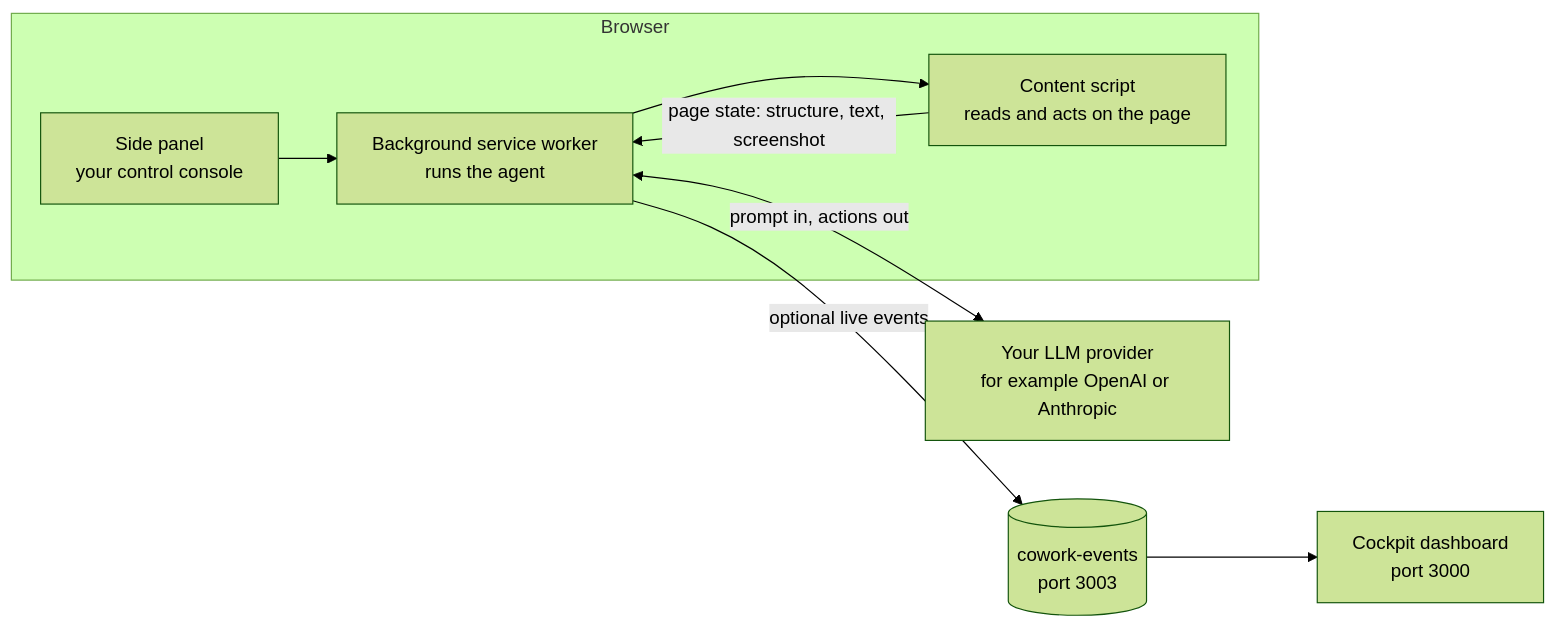
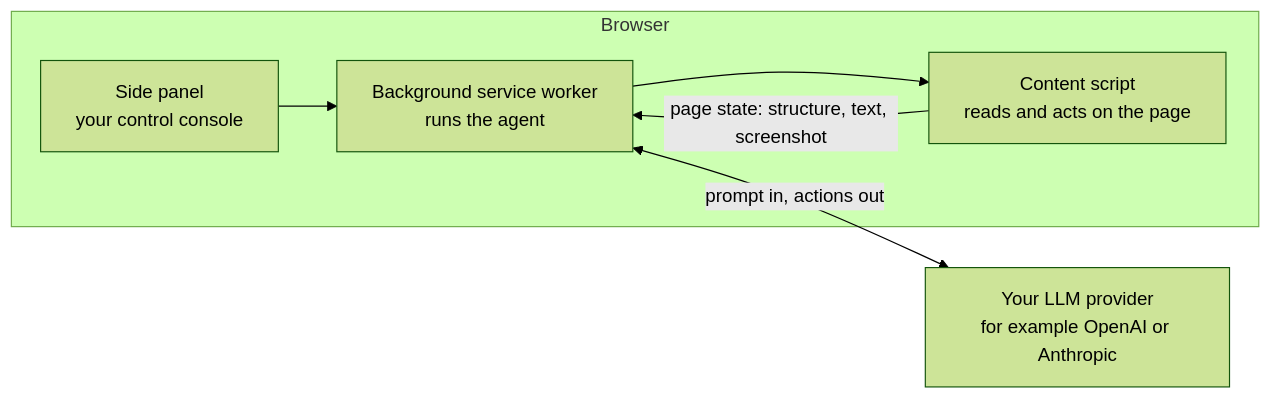
The first of 2 diagrams in README.md (Gitshop77/Smooth-Operator), drawn with Mermaid (forest theme) before and after one commit. The commit also changed other lines of this file and 246 other files, not shown here.

````diff
--- a/README.md
+++ b/README.md
@@ -108,15 +105,13 @@
 ```mermaid
 flowchart LR
     subgraph Browser
         SP[Side panel<br/>your control console]
         SW[Background service worker<br/>runs the agent]
         CS[Content script<br/>reads and acts on the page]
     end
     LLM[Your LLM provider<br/>for example OpenAI or Anthropic]
     SP --> SW
     SW --> CS
     CS -->|page state: structure, text, screenshot| SW
     SW <-->|prompt in, actions out| LLM
-    SW -->|optional live events| EV[(cowork-events<br/>port 3003)]
-    EV --> CP[Cockpit dashboard<br/>port 3000]
 ```
````
